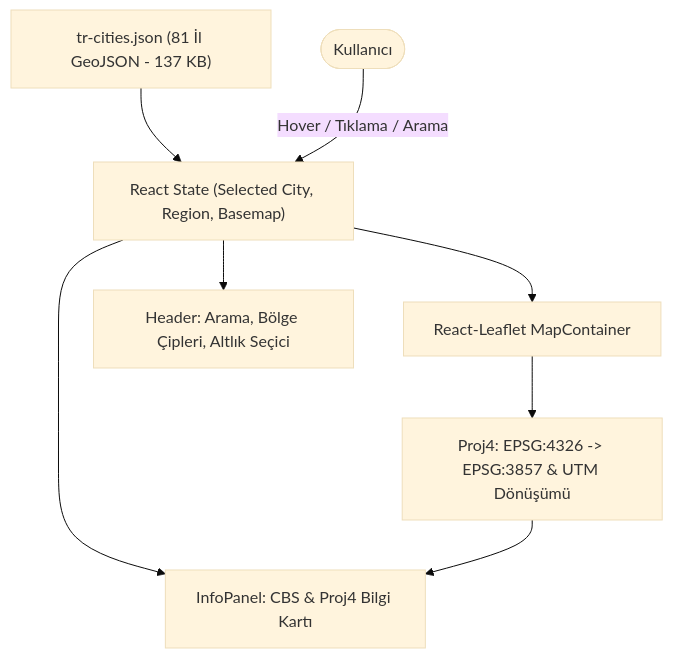
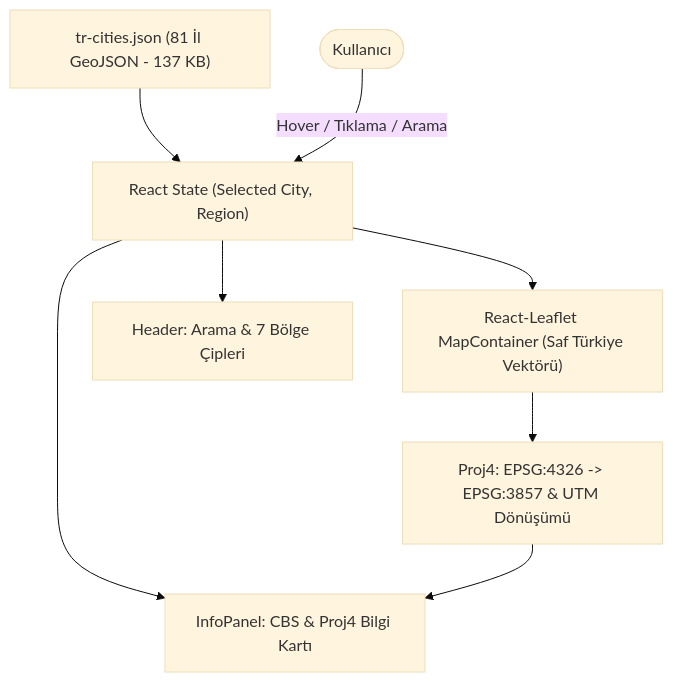
Before and after one commit to yucel-gumus/turkey-map.github.io: the diagram in README.md, drawn with Mermaid (base theme). The commit also changed other lines of this file and 4 other files, not shown here.

````diff
--- a/README.md
+++ b/README.md
@@ -28,10 +28,10 @@
 ```mermaid
 flowchart TD
-    GeoData["tr-cities.json (81 İl GeoJSON - 137 KB)"] --> AppState["React State (Selected City, Region, Basemap)"]
-    AppState --> MapView["React-Leaflet MapContainer"]
-    AppState --> HeaderBar["Header: Arama, Bölge Çipleri, Altlık Seçici"]
+    GeoData["tr-cities.json (81 İl GeoJSON - 137 KB)"] --> AppState["React State (Selected City, Region)"]
+    AppState --> MapView["React-Leaflet MapContainer (Saf Türkiye Vektörü)"]
+    AppState --> HeaderBar["Header: Arama & 7 Bölge Çipleri"]
     AppState --> InfoCard["InfoPanel: CBS & Proj4 Bilgi Kartı"]
     MapView --> Proj4Engine["Proj4: EPSG:4326 -> EPSG:3857 & UTM Dönüşümü"]
     Proj4Engine --> InfoCard
     User([Kullanıcı]) -->|Hover / Tıklama / Arama| AppState
 ```
````
